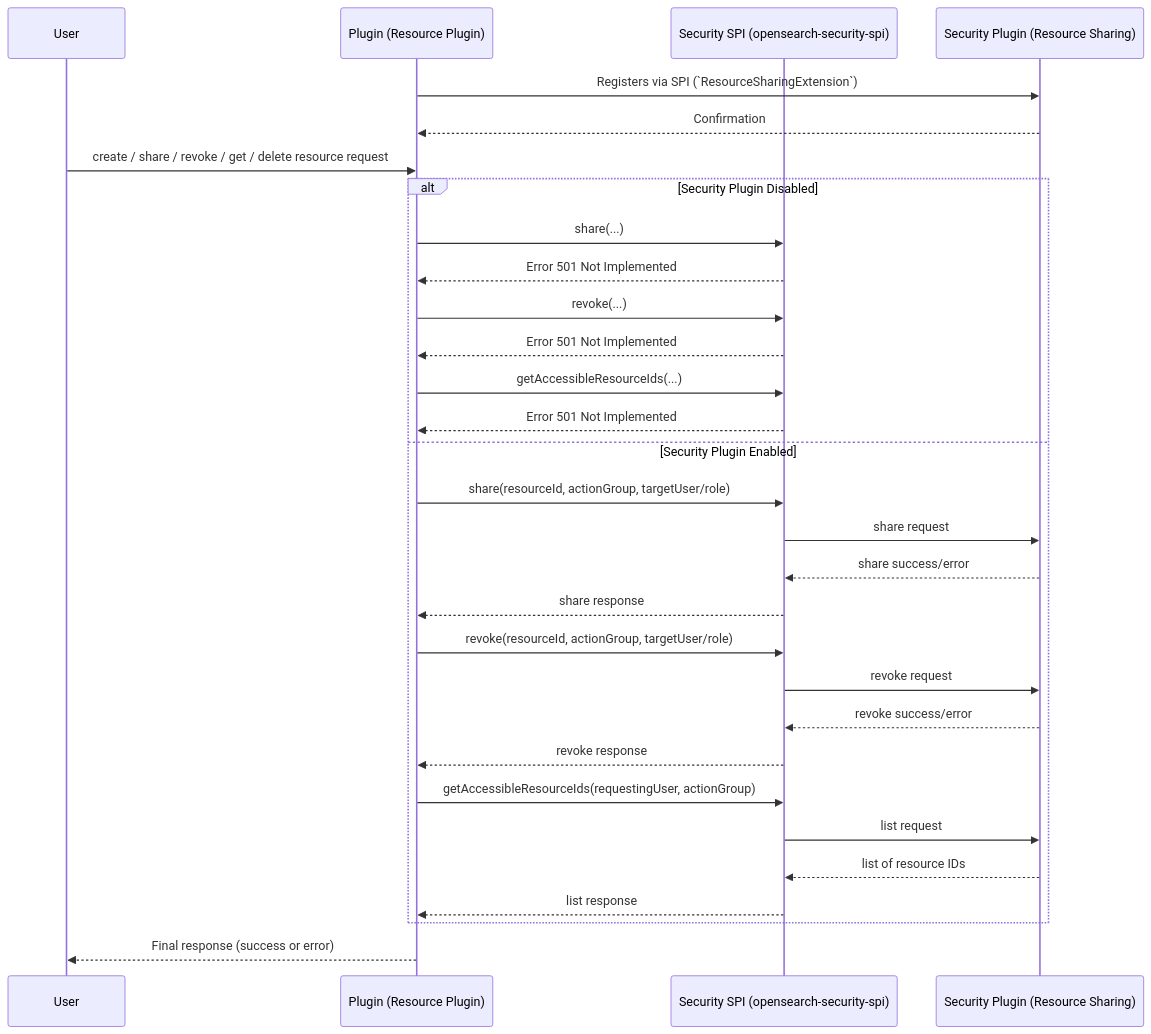
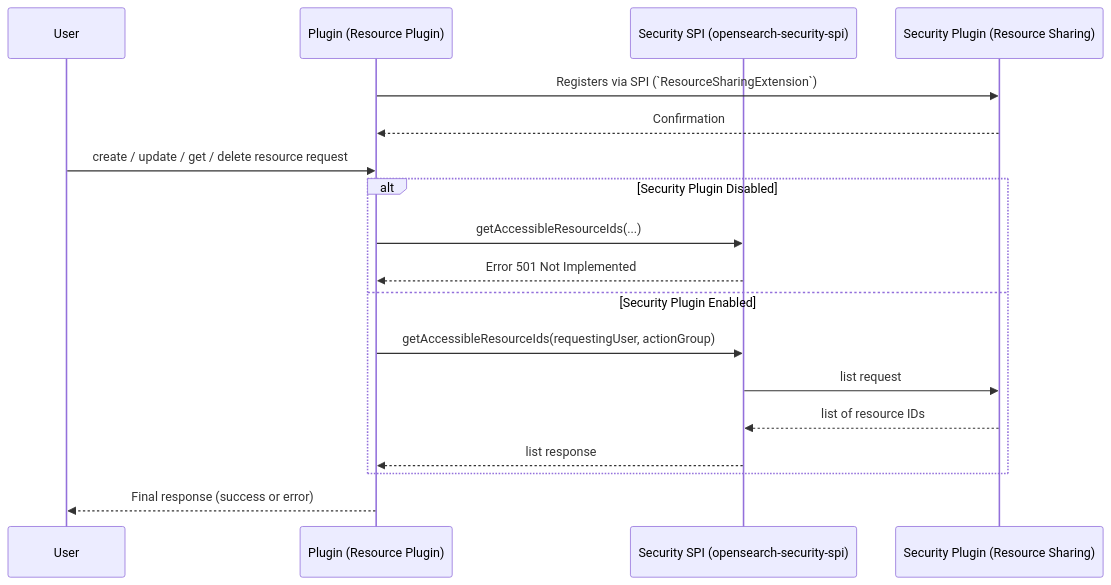
Before and after one commit to opensearch-project/security: the diagram in spi/README.md, drawn with Mermaid. The commit also changed other lines of this file and 7 other files, not shown here.

Commit message:
Removes share and revoke java APIs

````diff
--- a/spi/README.md
+++ b/spi/README.md
@@ -354,44 +273,28 @@
 ```mermaid
 sequenceDiagram
 participant User as User
 participant Plugin as Plugin (Resource Plugin)
 participant SPI as Security SPI (opensearch-security-spi)
 participant Security as Security Plugin (Resource Sharing)
 
     %% Step 1: Plugin registers itself as a Resource Plugin
     Plugin ->> Security: Registers via SPI (`ResourceSharingExtension`)
     Security -->> Plugin: Confirmation
 
     %% Step 2: User calls Plugin API
-    User ->> Plugin: create / share / revoke / get / delete resource request
+    User ->> Plugin: create / update / get / delete resource request
 
     alt Security Plugin Disabled
-      Plugin ->> SPI: share(...)
-      SPI -->> Plugin: Error 501 Not Implemented
-
-      Plugin ->> SPI: revoke(...)
-      SPI -->> Plugin: Error 501 Not Implemented
-
       Plugin ->> SPI: getAccessibleResourceIds(...)
       SPI -->> Plugin: Error 501 Not Implemented
     else Security Plugin Enabled
       %% Automatic access verification happens within Security Plugin before handling
-      Plugin ->> SPI: share(resourceId, actionGroup, targetUser/role)
-      SPI ->> Security: share request
-      Security -->> SPI: share success/error
-      SPI -->> Plugin: share response
-
-      Plugin ->> SPI: revoke(resourceId, actionGroup, targetUser/role)
-      SPI ->> Security: revoke request
-      Security -->> SPI: revoke success/error
-      SPI -->> Plugin: revoke response
-
       Plugin ->> SPI: getAccessibleResourceIds(requestingUser, actionGroup)
       SPI ->> Security: list request
       Security -->> SPI: list of resource IDs
       SPI -->> Plugin: list response
     end
 
     %% Step 3: Plugin returns result to User
     Plugin -->> User: Final response (success or error)
 ```
````
